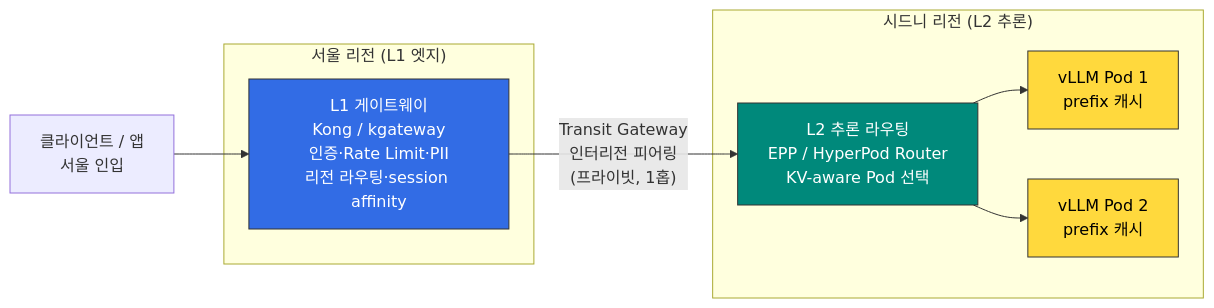
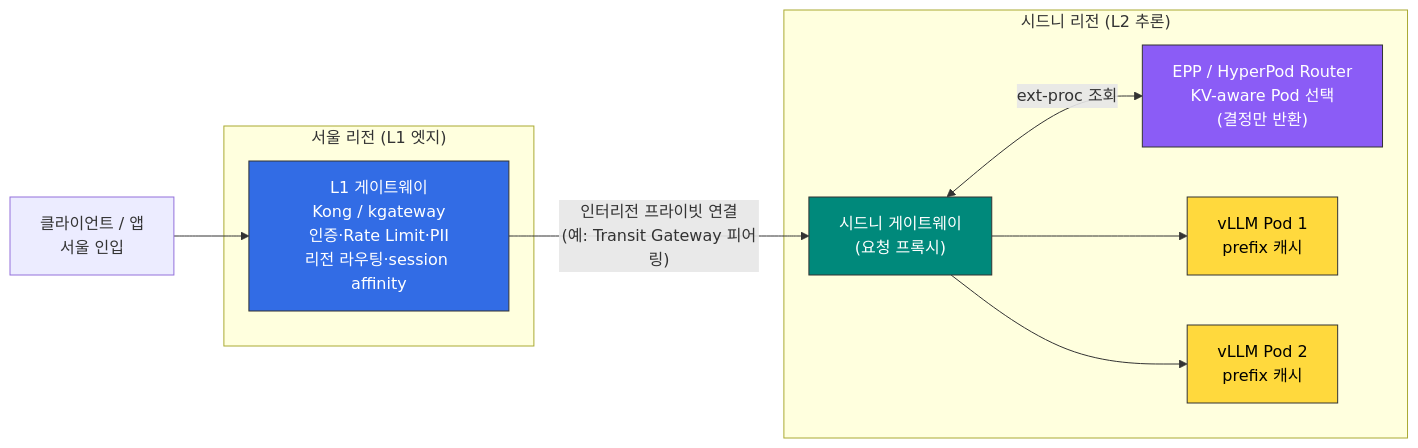
Before and after one commit to devfloor9/engineering-playbook: the fourth of 4 diagrams in i18n/ko/docusaurus-plugin-content-docs/current/agentic-ai-platform/model-serving/inference-routing/routing-strategy.md, drawn with Mermaid. The commit also changed other lines of this file and 37 other files, not shown here.

````diff
--- a/i18n/ko/docusaurus-plugin-content-docs/current/agentic-ai-platform/model-serving/inference-routing/routing-strategy.md
+++ b/i18n/ko/docusaurus-plugin-content-docs/current/agentic-ai-platform/model-serving/inference-routing/routing-strategy.md
@@ -451,24 +464,27 @@
 ```mermaid
 flowchart LR
     CLIENT[클라이언트 / 앱<br/>서울 인입]
 
     subgraph SEOUL["서울 리전 (L1 엣지)"]
         L1["L1 게이트웨이<br/>Kong / kgateway<br/>인증·Rate Limit·PII<br/>리전 라우팅·session affinity"]
     end
 
     subgraph SYDNEY["시드니 리전 (L2 추론)"]
-        L2["L2 추론 라우팅<br/>EPP / HyperPod Router<br/>KV-aware Pod 선택"]
+        GW2["시드니 게이트웨이<br/>(요청 프록시)"]
+        L2["EPP / HyperPod Router<br/>KV-aware Pod 선택<br/>(결정만 반환)"]
         V1[vLLM Pod 1<br/>prefix 캐시]
         V2[vLLM Pod 2<br/>prefix 캐시]
     end
 
     CLIENT --> L1
-    L1 -->|"Transit Gateway<br/>인터리전 피어링<br/>(프라이빗, 1홉)"| L2
-    L2 --> V1
-    L2 --> V2
+    L1 -->|"인터리전 프라이빗 연결<br/>(예: Transit Gateway 피어링)"| GW2
+    GW2 <-->|"ext-proc 조회"| L2
+    GW2 --> V1
+    GW2 --> V2
 
     style L1 fill:#326ce5,stroke:#333,color:#fff
-    style L2 fill:#00897b,stroke:#333,color:#fff
+    style GW2 fill:#00897b,stroke:#333,color:#fff
+    style L2 fill:#8b5cf6,stroke:#333,color:#fff
     style V1 fill:#ffd93d,stroke:#333,color:#000
     style V2 fill:#ffd93d,stroke:#333,color:#000
 ```
````
